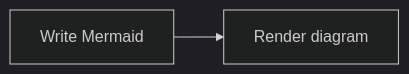
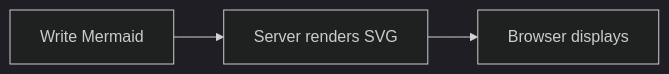
One commit to elastic/docs-builder changed the first of 29 diagrams in docs/syntax/diagrams.md. Above: the diagram before and after it, drawn with Mermaid (dark theme). The commit also changed other lines of this file and 9 other files, not shown here.

First line of the commit message:
Replace Beautiful Mermaid with Mermaider for server-side diagram rendering (#2838)

````diff
--- a/docs/syntax/diagrams.md
+++ b/docs/syntax/diagrams.md
@@ -5,4 +5,4 @@
 ```mermaid
 flowchart LR
-    A[Write Mermaid] --> B[Render diagram]
+    A[Write Mermaid] --> B[Server renders SVG] --> C[Browser displays]
 ```
````
